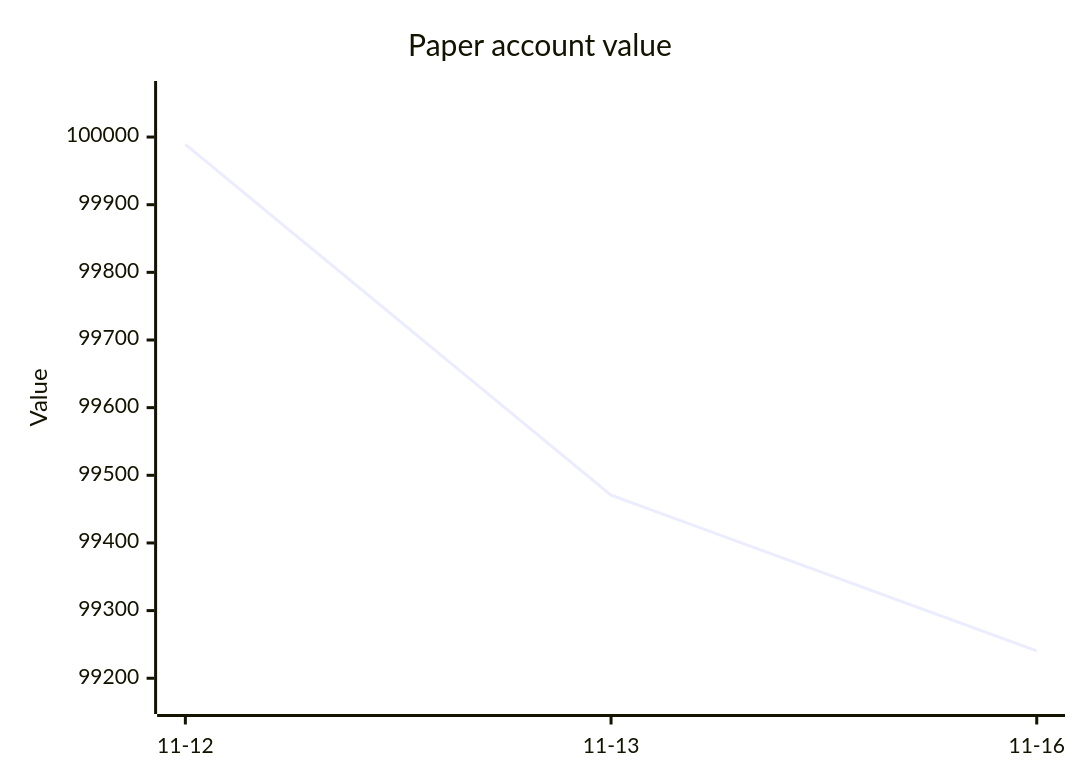
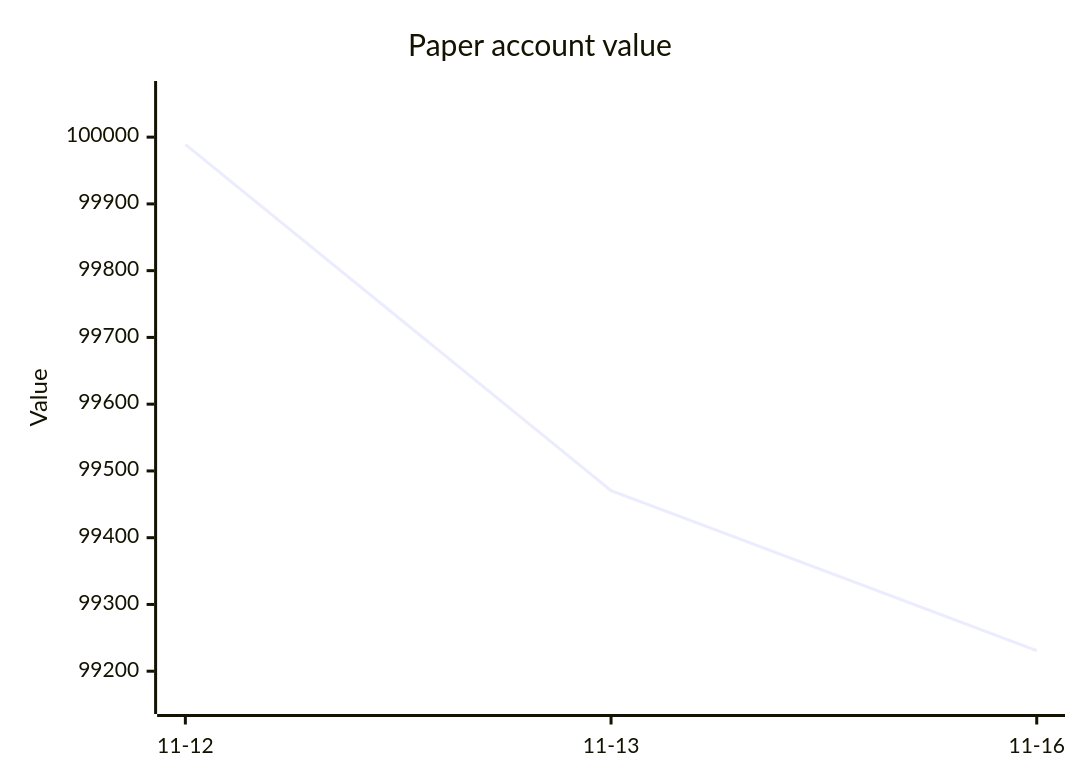
The second of 2 diagrams in 00 - Bot Dashboard.md (owlpowell50-creator/trading-bot), drawn with Mermaid before and after one commit. The commit also changed other lines of this file and 9 other files, not shown here.

````diff
--- a/00 - Bot Dashboard.md
+++ b/00 - Bot Dashboard.md
@@ -60,7 +61,7 @@
 ```mermaid
 xychart-beta
     title "Paper account value"
     x-axis ["11-12", "11-13", "11-16"]
-    y-axis "Value" 99166 --> 100064
-    line [99989.1, 99470.6, 99240.4]
+    y-axis "Value" 99155 --> 100065
+    line [99989.1, 99470.6, 99230.9]
 ```
````
